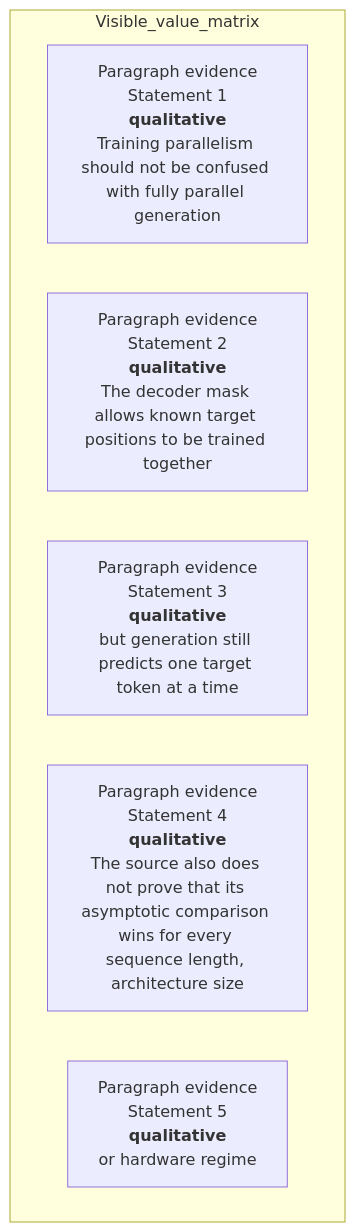
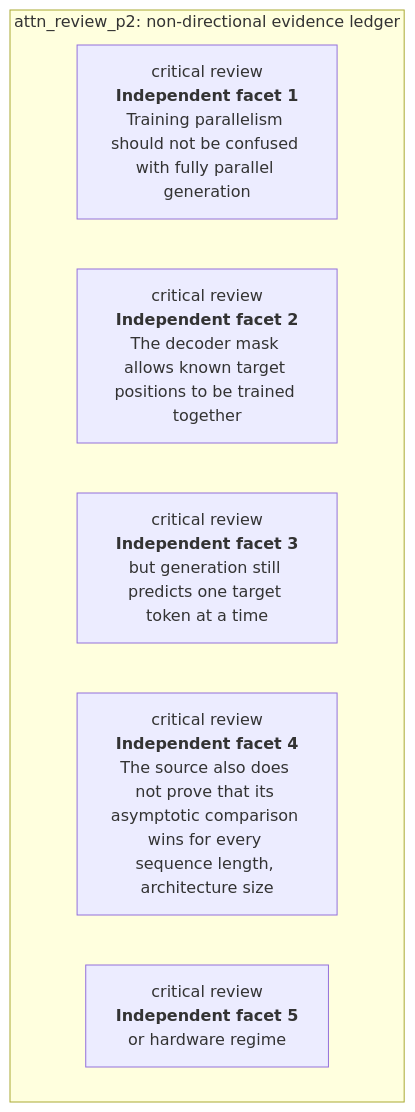
Diagram 50 of 54 in docs/visual-manifests/VISUAL_MANIFEST_ATTENTION_IS_ALL_YOU_NEED.md (Betancourt1/paper_atlas), drawn with Mermaid before and after one commit. The commit also changed other lines of this file and 7 other files, not shown here.

````diff
--- a/docs/visual-manifests/VISUAL_MANIFEST_ATTENTION_IS_ALL_YOU_NEED.md
+++ b/docs/visual-manifests/VISUAL_MANIFEST_ATTENTION_IS_ALL_YOU_NEED.md
@@ -4023,10 +4063,10 @@
 ```mermaid
 flowchart TB
-  subgraph Visible_value_matrix
-    r1["Paragraph evidence<br/>Statement 1<br/><b>qualitative</b><br/>Training parallelism should not be confused with fully parallel generation"]
-    r2["Paragraph evidence<br/>Statement 2<br/><b>qualitative</b><br/>The decoder mask allows known target positions to be trained together"]
-    r3["Paragraph evidence<br/>Statement 3<br/><b>qualitative</b><br/>but generation still predicts one target token at a time"]
-    r4["Paragraph evidence<br/>Statement 4<br/><b>qualitative</b><br/>The source also does not prove that its asymptotic comparison wins for every sequence length, architecture size"]
-    r5["Paragraph evidence<br/>Statement 5<br/><b>qualitative</b><br/>or hardware regime"]
+  subgraph Ledger["attn_review_p2: non-directional evidence ledger"]
+    r1["critical review<br/><b>Independent facet 1</b><br/>Training parallelism should not be confused with fully parallel generation"]
+    r2["critical review<br/><b>Independent facet 2</b><br/>The decoder mask allows known target positions to be trained together"]
+    r3["critical review<br/><b>Independent facet 3</b><br/>but generation still predicts one target token at a time"]
+    r4["critical review<br/><b>Independent facet 4</b><br/>The source also does not prove that its asymptotic comparison wins for every sequence length, architecture size"]
+    r5["critical review<br/><b>Independent facet 5</b><br/>or hardware regime"]
   end
 ```
````
